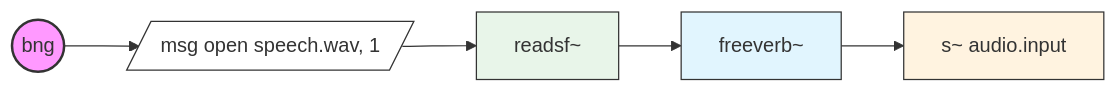
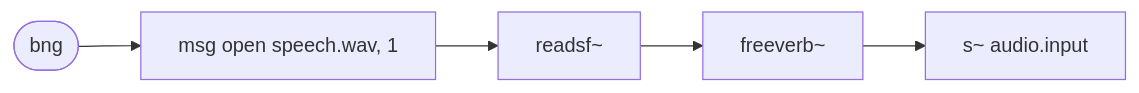
Before and after one commit to ezequielabregu/code-that-sounds: the third of 3 diagrams in chapters/playrec.qmd, drawn with Mermaid. The commit also changed other lines of this file and 7 other files, not shown here.

Commit message:
Fix mermaid diagrams on playrec.qmd

````diff
--- a/chapters/playrec.qmd
+++ b/chapters/playrec.qmd
@@ -253,13 +254,7 @@
 ```{mermaid}
 flowchart LR
-    Bang((bng)) --> Msg[/msg open speech.wav, 1/]
-    Msg --> Reader[readsf~]
-    Reader --> Reverb[freeverb~]
-    Reverb --> Send[s~ audio.input]
-    
-    style Bang fill:#f9f,stroke:#333,stroke-width:2px
-    style Msg fill:#fff,stroke:#333
-    style Reader fill:#e8f5e9,stroke:#333
-    style Reverb fill:#e1f5fe,stroke:#333
-    style Send fill:#fff3e0,stroke:#333
+    bng([bng]) --> msg["msg open speech.wav, 1"]
+    msg --> readsf["readsf~"]
+    readsf --> freeverb["freeverb~"]
+    freeverb --> send["s~ audio.input"]
 ```
````
